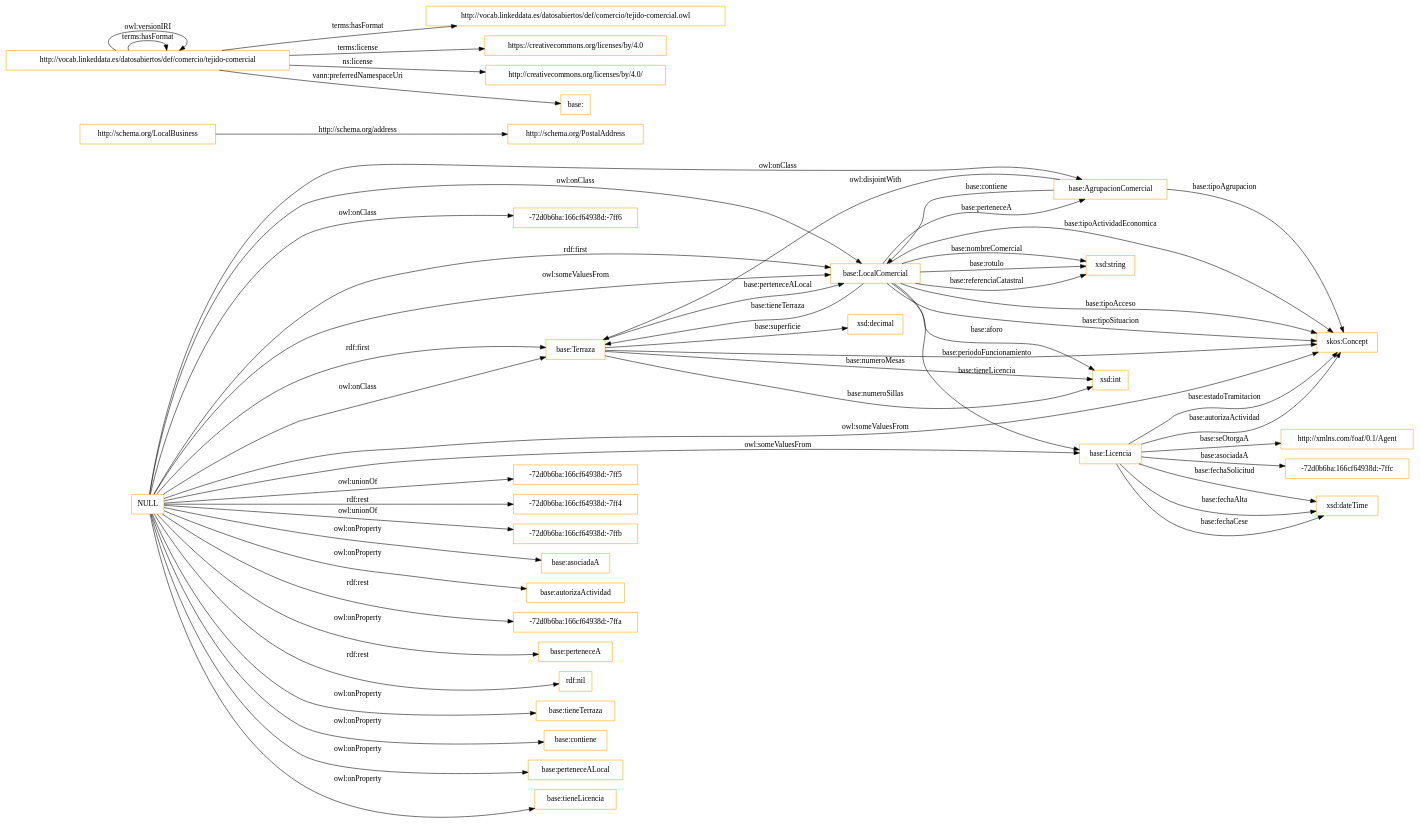
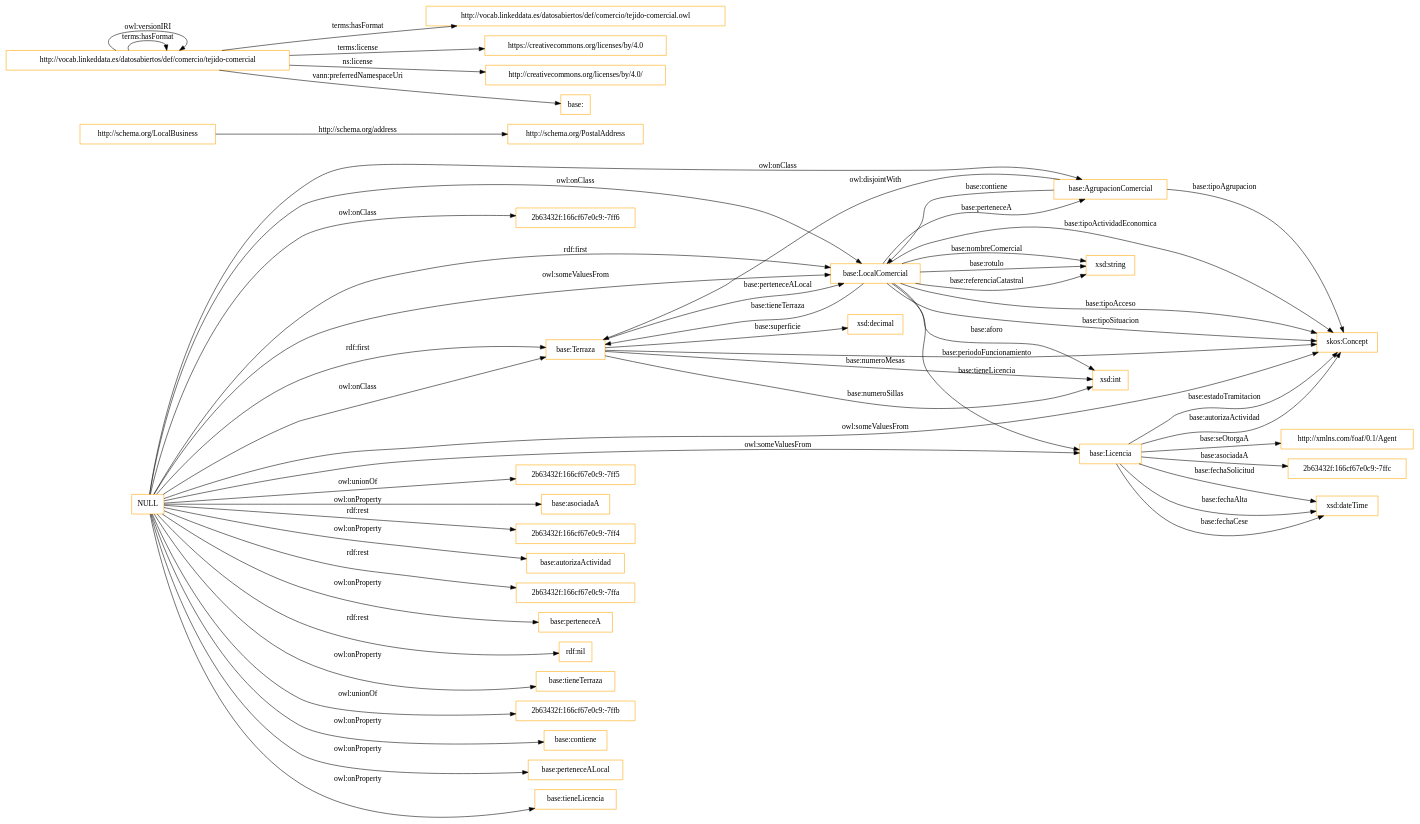
The diagram in OnToology/ontology/tejido-comercial.owl/diagrams/ar2dtool-class/tejido-comercial.owl.png.dot (OnToologyUser/TestCensoLocales), drawn with Graphviz before and after one commit. The commit also changed 20 other files, not shown here.

```diff
--- a/OnToology/ontology/tejido-comercial.owl/diagrams/ar2dtool-class/tejido-comercial.owl.png.dot
+++ b/OnToology/ontology/tejido-comercial.owl/diagrams/ar2dtool-class/tejido-comercial.owl.png.dot
@@ -1,59 +1,59 @@
 digraph ar2dtool_diagram { 
 rankdir=LR;
 size="1501"
-node [shape = rectangle, color="orange"]; "base:Terraza" "http://xmlns.com/foaf/0.1/Agent" "http://schema.org/PostalAddress" "base:AgrupacionComercial" "-72d0b6ba:166cf64938d:-7ff6" "-72d0b6ba:166cf64938d:-7ffc" "skos:Concept" "http://schema.org/LocalBusiness" "base:LocalComercial" "base:Licencia" ; /*classes style*/
-	"NULL" -> "-72d0b6ba:166cf64938d:-7ff5" [ label = "owl:unionOf" ];
-	"NULL" -> "-72d0b6ba:166cf64938d:-7ff6" [ label = "owl:onClass" ];
-	"NULL" -> "-72d0b6ba:166cf64938d:-7ff4" [ label = "rdf:rest" ];
-	"NULL" -> "-72d0b6ba:166cf64938d:-7ffb" [ label = "owl:unionOf" ];
+node [shape = rectangle, color="orange"]; "base:Terraza" "http://xmlns.com/foaf/0.1/Agent" "2b63432f:166cf67e0c9:-7ffc" "http://schema.org/PostalAddress" "base:AgrupacionComercial" "2b63432f:166cf67e0c9:-7ff6" "skos:Concept" "http://schema.org/LocalBusiness" "base:LocalComercial" "base:Licencia" ; /*classes style*/
+	"NULL" -> "base:AgrupacionComercial" [ label = "owl:onClass" ];
+	"NULL" -> "2b63432f:166cf67e0c9:-7ff6" [ label = "owl:onClass" ];
+	"NULL" -> "2b63432f:166cf67e0c9:-7ff5" [ label = "owl:unionOf" ];
 	"NULL" -> "base:asociadaA" [ label = "owl:onProperty" ];
+	"NULL" -> "2b63432f:166cf67e0c9:-7ff4" [ label = "rdf:rest" ];
 	"NULL" -> "base:autorizaActividad" [ label = "owl:onProperty" ];
+	"NULL" -> "2b63432f:166cf67e0c9:-7ffa" [ label = "rdf:rest" ];
 	"NULL" -> "base:Terraza" [ label = "rdf:first" ];
-	"NULL" -> "-72d0b6ba:166cf64938d:-7ffa" [ label = "rdf:rest" ];
 	"NULL" -> "base:Terraza" [ label = "owl:onClass" ];
 	"NULL" -> "base:perteneceA" [ label = "owl:onProperty" ];
 	"NULL" -> "skos:Concept" [ label = "owl:someValuesFrom" ];
 	"NULL" -> "rdf:nil" [ label = "rdf:rest" ];
 	"NULL" -> "base:Licencia" [ label = "owl:someValuesFrom" ];
 	"NULL" -> "base:tieneTerraza" [ label = "owl:onProperty" ];
 	"NULL" -> "base:LocalComercial" [ label = "owl:someValuesFrom" ];
+	"NULL" -> "2b63432f:166cf67e0c9:-7ffb" [ label = "owl:unionOf" ];
 	"NULL" -> "base:contiene" [ label = "owl:onProperty" ];
 	"NULL" -> "base:perteneceALocal" [ label = "owl:onProperty" ];
 	"NULL" -> "base:tieneLicencia" [ label = "owl:onProperty" ];
 	"NULL" -> "base:LocalComercial" [ label = "owl:onClass" ];
 	"NULL" -> "base:LocalComercial" [ label = "rdf:first" ];
-	"NULL" -> "base:AgrupacionComercial" [ label = "owl:onClass" ];
 	"http://vocab.linkeddata.es/datosabiertos/def/comercio/tejido-comercial" -> "http://vocab.linkeddata.es/datosabiertos/def/comercio/tejido-comercial.owl" [ label = "terms:hasFormat" ];
 	"http://vocab.linkeddata.es/datosabiertos/def/comercio/tejido-comercial" -> "http://vocab.linkeddata.es/datosabiertos/def/comercio/tejido-comercial" [ label = "terms:hasFormat" ];
 	"http://vocab.linkeddata.es/datosabiertos/def/comercio/tejido-comercial" -> "https://creativecommons.org/licenses/by/4.0" [ label = "terms:license" ];
 	"http://vocab.linkeddata.es/datosabiertos/def/comercio/tejido-comercial" -> "http://vocab.linkeddata.es/datosabiertos/def/comercio/tejido-comercial" [ label = "owl:versionIRI" ];
 	"http://vocab.linkeddata.es/datosabiertos/def/comercio/tejido-comercial" -> "http://creativecommons.org/licenses/by/4.0/" [ label = "ns:license" ];
 	"http://vocab.linkeddata.es/datosabiertos/def/comercio/tejido-comercial" -> "base:" [ label = "vann:preferredNamespaceUri" ];
 	"base:AgrupacionComercial" -> "base:Terraza" [ label = "owl:disjointWith" ];
 	"base:LocalComercial" -> "xsd:string" [ label = "base:referenciaCatastral" ];
 	"base:LocalComercial" -> "xsd:string" [ label = "base:nombreComercial" ];
 	"base:Terraza" -> "xsd:decimal" [ label = "base:superficie" ];
 	"base:LocalComercial" -> "skos:Concept" [ label = "base:tipoActividadEconomica" ];
 	"base:Licencia" -> "http://xmlns.com/foaf/0.1/Agent" [ label = "base:seOtorgaA" ];
 	"base:Licencia" -> "skos:Concept" [ label = "base:autorizaActividad" ];
 	"base:LocalComercial" -> "xsd:string" [ label = "base:rotulo" ];
 	"base:Licencia" -> "xsd:dateTime" [ label = "base:fechaCese" ];
 	"base:AgrupacionComercial" -> "skos:Concept" [ label = "base:tipoAgrupacion" ];
 	"http://schema.org/LocalBusiness" -> "http://schema.org/PostalAddress" [ label = "http://schema.org/address" ];
 	"base:LocalComercial" -> "xsd:int" [ label = "base:aforo" ];
 	"base:LocalComercial" -> "base:Terraza" [ label = "base:tieneTerraza" ];
 	"base:AgrupacionComercial" -> "base:LocalComercial" [ label = "base:contiene" ];
 	"base:Terraza" -> "xsd:int" [ label = "base:numeroSillas" ];
 	"base:Terraza" -> "base:LocalComercial" [ label = "base:perteneceALocal" ];
 	"base:Licencia" -> "skos:Concept" [ label = "base:estadoTramitacion" ];
 	"base:LocalComercial" -> "base:AgrupacionComercial" [ label = "base:perteneceA" ];
 	"base:Terraza" -> "xsd:int" [ label = "base:numeroMesas" ];
-	"base:Licencia" -> "-72d0b6ba:166cf64938d:-7ffc" [ label = "base:asociadaA" ];
+	"base:Licencia" -> "2b63432f:166cf67e0c9:-7ffc" [ label = "base:asociadaA" ];
 	"base:LocalComercial" -> "skos:Concept" [ label = "base:tipoAcceso" ];
 	"base:Licencia" -> "xsd:dateTime" [ label = "base:fechaSolicitud" ];
 	"base:LocalComercial" -> "base:Licencia" [ label = "base:tieneLicencia" ];
 	"base:Licencia" -> "xsd:dateTime" [ label = "base:fechaAlta" ];
 	"base:LocalComercial" -> "skos:Concept" [ label = "base:tipoSituacion" ];
 	"base:Terraza" -> "skos:Concept" [ label = "base:periodoFuncionamiento" ];
 
 }
```
